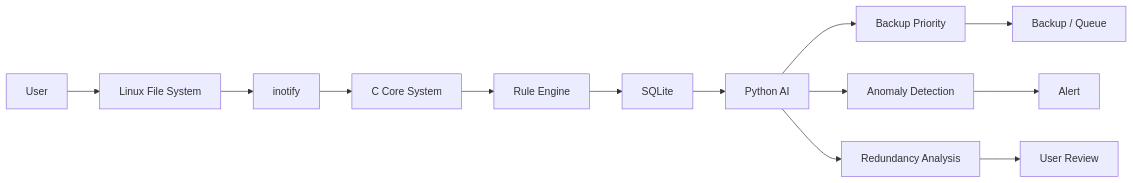
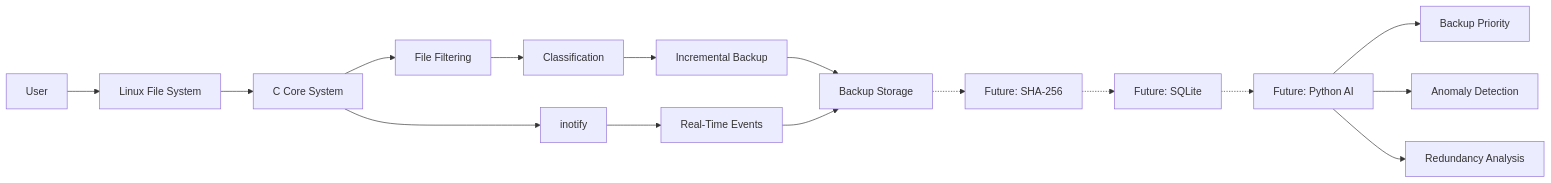
Diagram 13 of 13 in README.md (khushi10-coder/OS-PROJECT), drawn with Mermaid before and after one commit. The commit also changed other lines of this file, not shown here.

````diff
--- a/README.md
+++ b/README.md
@@ -542,18 +772,23 @@
 ```mermaid
 flowchart LR
     A["User"] --> B["Linux File System"]
-    B --> C["inotify"]
-    C --> D["C Core System"]
-    D --> E["Rule Engine"]
-    E --> F["SQLite"]
+    B --> C["C Core System"]
 
-    F --> G["Python AI"]
+    C --> D["File Filtering"]
+    D --> E["Classification"]
+    E --> F["Incremental Backup"]
 
-    G --> H["Backup Priority"]
-    G --> I["Anomaly Detection"]
-    G --> J["Redundancy Analysis"]
+    C --> G["inotify"]
+    G --> H["Real-Time Events"]
 
-    H --> K["Backup / Queue"]
-    I --> L["Alert"]
-    J --> M["User Review"]
+    F --> I["Backup Storage"]
+    H --> I
+
+    I -.-> J["Future: SHA-256"]
+    J -.-> K["Future: SQLite"]
+    K -.-> L["Future: Python AI"]
+
+    L --> M["Backup Priority"]
+    L --> N["Anomaly Detection"]
+    L --> O["Redundancy Analysis"]
 ```
````
